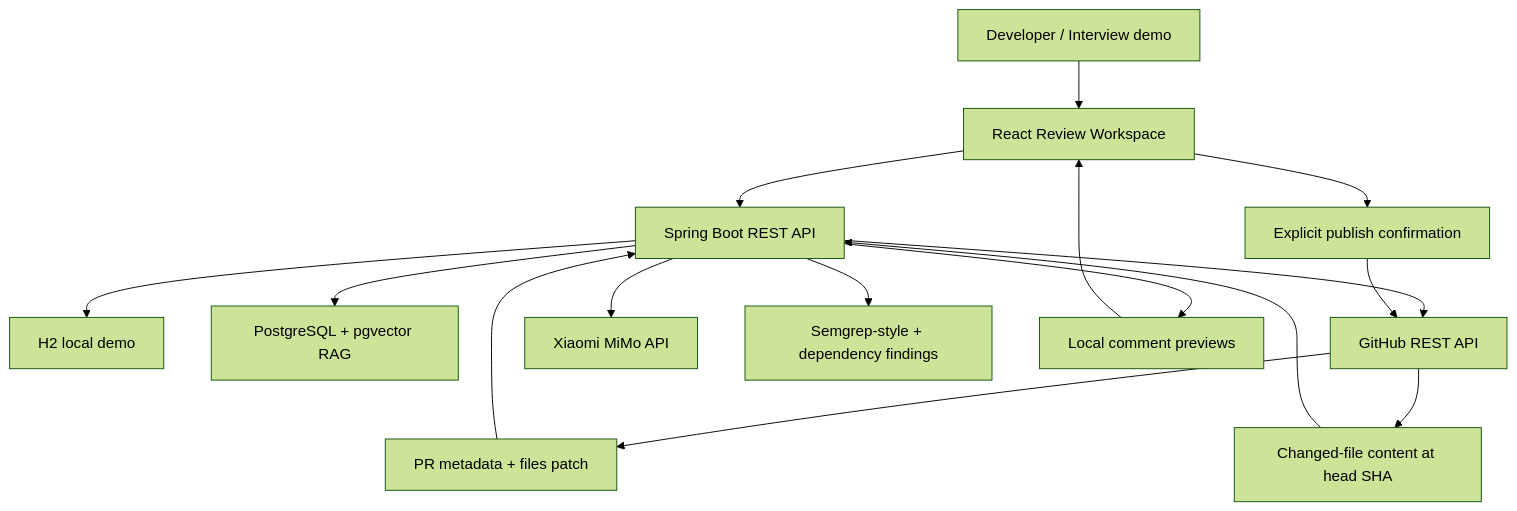
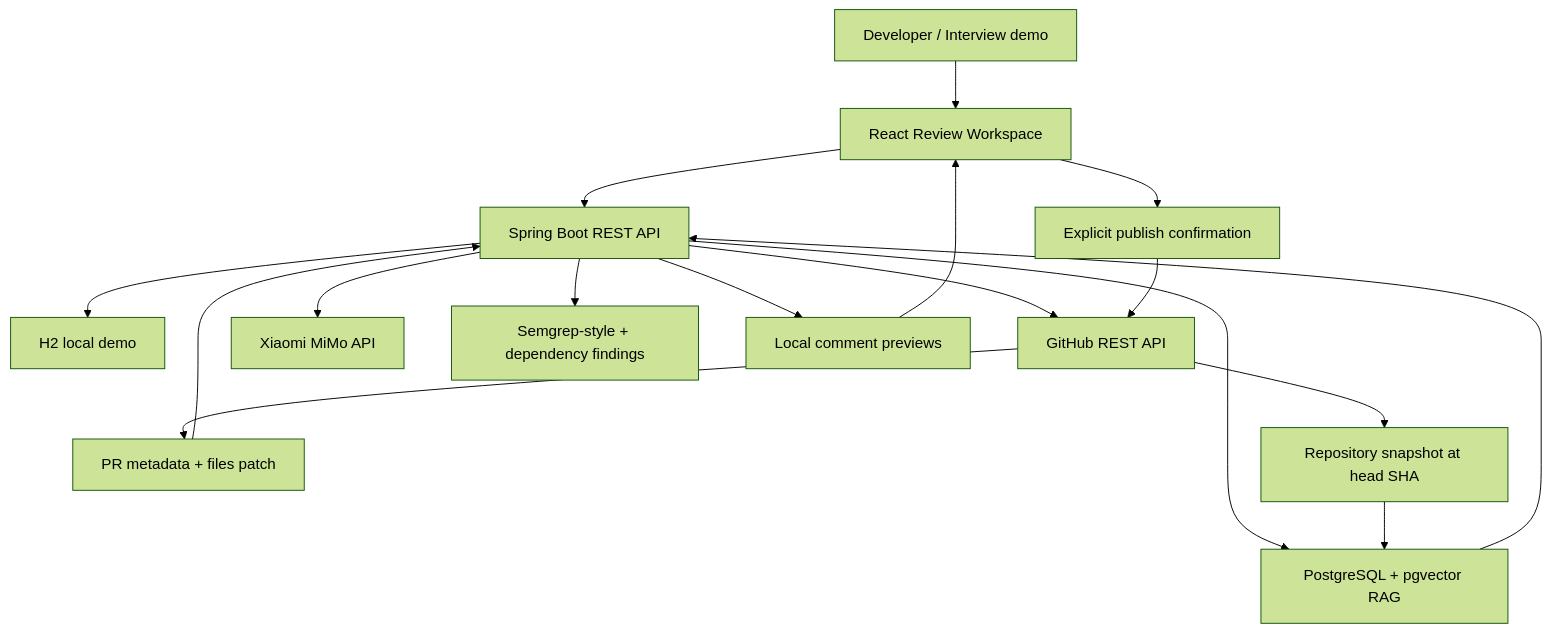
The first of 2 diagrams in README.md (alexbyte1334/CodeReviewX), drawn with Mermaid (forest theme) before and after one commit. The commit also changed other lines of this file and 93 other files, not shown here.

````diff
--- a/README.md
+++ b/README.md
@@ -170,18 +184,19 @@
 ```mermaid
 flowchart TD
     User["Developer / Interview demo"] --> Frontend["React Review Workspace"]
     Frontend --> Backend["Spring Boot REST API"]
     Backend --> H2["H2 local demo"]
     Backend --> PG["PostgreSQL + pgvector RAG"]
     Backend --> GitHub["GitHub REST API"]
     Backend --> MiMo["Xiaomi MiMo API"]
     GitHub --> Metadata["PR metadata + files patch"]
-    GitHub --> Context["Changed-file content at head SHA"]
+    GitHub --> Snapshot["Repository snapshot at head SHA"]
     Metadata --> Backend
-    Context --> Backend
+    Snapshot --> PG
+    PG --> Backend
     Backend --> Static["Semgrep-style + dependency findings"]
     Backend --> Preview["Local comment previews"]
     Preview --> Frontend
     Frontend --> Publish["Explicit publish confirmation"]
     Publish --> GitHub
 ```
````
